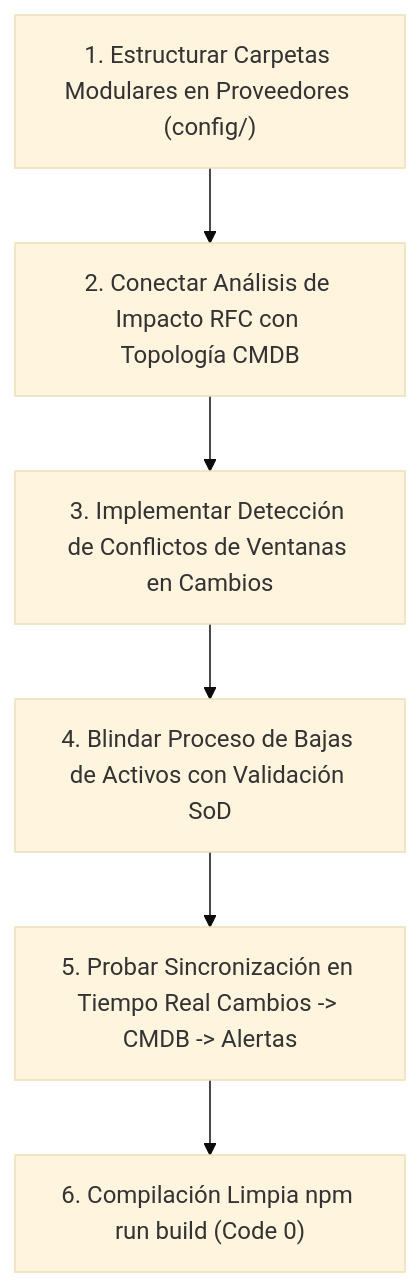
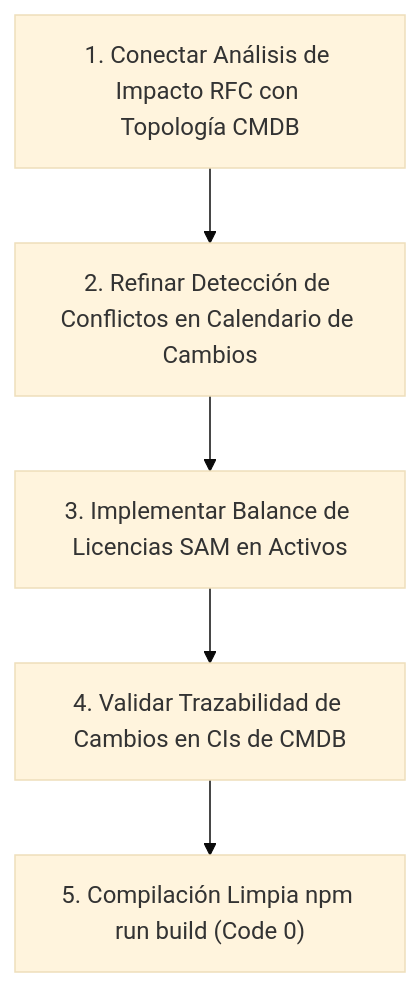
One commit to Azure-2312/FlowDesk-Software-ITSM changed the diagram in DOCUMENTACIÓN/ASIGNACION_NAIN.md. Above: the diagram before and after it, drawn with Mermaid (base theme). The commit also changed other lines of this file and 4 other files, not shown here.

````diff
--- a/DOCUMENTACIÓN/ASIGNACION_NAIN.md
+++ b/DOCUMENTACIÓN/ASIGNACION_NAIN.md
@@ -143,8 +122,7 @@
 ```mermaid
 flowchart TD
-    A["1. Estructurar Carpetas Modulares en Proveedores (config/)"] --> B["2. Conectar Análisis de Impacto RFC con Topología CMDB"]
-    B --> C["3. Implementar Detección de Conflictos de Ventanas en Cambios"]
-    C --> D["4. Blindar Proceso de Bajas de Activos con Validación SoD"]
-    D --> E["5. Probar Sincronización en Tiempo Real Cambios -> CMDB -> Alertas"]
-    E --> F["6. Compilación Limpia npm run build (Code 0)"]
+    A["1. Conectar Análisis de Impacto RFC con Topología CMDB"] --> B["2. Refinar Detección de Conflictos en Calendario de Cambios"]
+    B --> C["3. Implementar Balance de Licencias SAM en Activos"]
+    C --> D["4. Validar Trazabilidad de Cambios en CIs de CMDB"]
+    D --> E["5. Compilación Limpia npm run build (Code 0)"]
 ```
````
